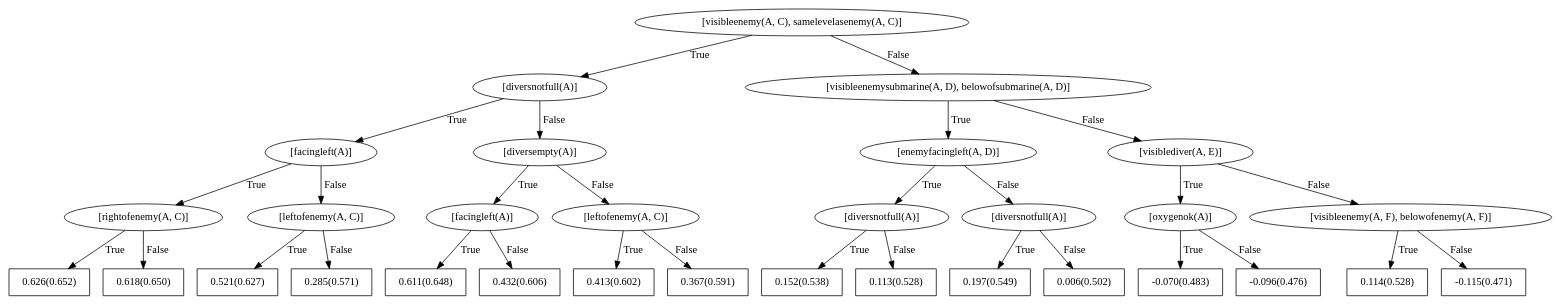
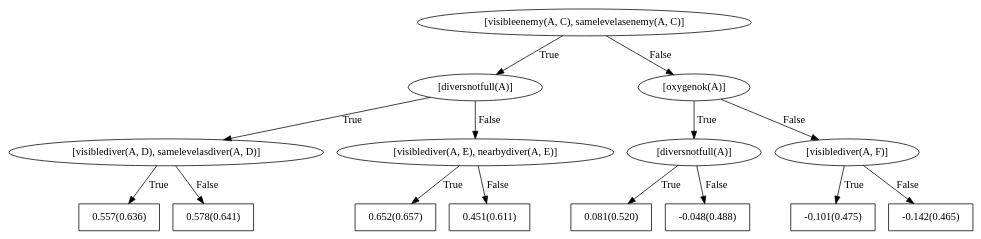
Before and after one commit to nikhileshp/NeSY-Imitation-Learning: the diagram in rdn_models/seaquest/all/negpos_2_trees_1_depth_2_grounding_penalty_0.1/fire/bRDNs/dotFiles/WILLTreeFor_action0.dot, drawn with Graphviz. The commit also changed 424 other files, not shown here.

```diff
--- a/rdn_models/seaquest/all/negpos_2_trees_1_depth_2_grounding_penalty_0.1/fire/bRDNs/dotFiles/WILLTreeFor_action0.dot
+++ b/rdn_models/seaquest/all/negpos_2_trees_1_depth_2_grounding_penalty_0.1/fire/bRDNs/dotFiles/WILLTreeFor_action0.dot
@@ -1,63 +1,31 @@
 digraph G{ 
 1[label = "[visibleenemy(A, C), samelevelasenemy(A, C)]"];
 1 -> 2[label="True"];
 1 -> 3[label="False"];
 2[label = "[diversnotfull(A)]"];
 2 -> 4[label="True"];
 2 -> 5[label="False"];
-4[label = "[facingleft(A)]"];
+4[label = "[visiblediver(A, D), samelevelasdiver(A, D)]"];
 4 -> 6[label="True"];
 4 -> 7[label="False"];
-6[label = "[rightofenemy(A, C)]"];
-6 -> 8[label="True"];
-6 -> 9[label="False"];
-8[shape = box,label = "0.626(0.652)"];
-9[shape = box,label = "0.618(0.650)"];
-7[label = "[leftofenemy(A, C)]"];
-7 -> 10[label="True"];
-7 -> 11[label="False"];
-10[shape = box,label = "0.521(0.627)"];
-11[shape = box,label = "0.285(0.571)"];
-5[label = "[diversempty(A)]"];
-5 -> 12[label="True"];
-5 -> 13[label="False"];
-12[label = "[facingleft(A)]"];
-12 -> 14[label="True"];
-12 -> 15[label="False"];
-14[shape = box,label = "0.611(0.648)"];
-15[shape = box,label = "0.432(0.606)"];
-13[label = "[leftofenemy(A, C)]"];
-13 -> 16[label="True"];
-13 -> 17[label="False"];
-16[shape = box,label = "0.413(0.602)"];
-17[shape = box,label = "0.367(0.591)"];
-3[label = "[visibleenemysubmarine(A, D), belowofsubmarine(A, D)]"];
-3 -> 18[label="True"];
-3 -> 19[label="False"];
-18[label = "[enemyfacingleft(A, D)]"];
-18 -> 20[label="True"];
-18 -> 21[label="False"];
-20[label = "[diversnotfull(A)]"];
-20 -> 22[label="True"];
-20 -> 23[label="False"];
-22[shape = box,label = "0.152(0.538)"];
-23[shape = box,label = "0.113(0.528)"];
-21[label = "[diversnotfull(A)]"];
-21 -> 24[label="True"];
-21 -> 25[label="False"];
-24[shape = box,label = "0.197(0.549)"];
-25[shape = box,label = "0.006(0.502)"];
-19[label = "[visiblediver(A, E)]"];
-19 -> 26[label="True"];
-19 -> 27[label="False"];
-26[label = "[oxygenok(A)]"];
-26 -> 28[label="True"];
-26 -> 29[label="False"];
-28[shape = box,label = "-0.070(0.483)"];
-29[shape = box,label = "-0.096(0.476)"];
-27[label = "[visibleenemy(A, F), belowofenemy(A, F)]"];
-27 -> 30[label="True"];
-27 -> 31[label="False"];
-30[shape = box,label = "0.114(0.528)"];
-31[shape = box,label = "-0.115(0.471)"];
+6[shape = box,label = "0.557(0.636)"];
+7[shape = box,label = "0.578(0.641)"];
+5[label = "[visiblediver(A, E), nearbydiver(A, E)]"];
+5 -> 8[label="True"];
+5 -> 9[label="False"];
+8[shape = box,label = "0.652(0.657)"];
+9[shape = box,label = "0.451(0.611)"];
+3[label = "[oxygenok(A)]"];
+3 -> 10[label="True"];
+3 -> 11[label="False"];
+10[label = "[diversnotfull(A)]"];
+10 -> 12[label="True"];
+10 -> 13[label="False"];
+12[shape = box,label = "0.081(0.520)"];
+13[shape = box,label = "-0.048(0.488)"];
+11[label = "[visiblediver(A, F)]"];
+11 -> 14[label="True"];
+11 -> 15[label="False"];
+14[shape = box,label = "-0.101(0.475)"];
+15[shape = box,label = "-0.142(0.465)"];
 }
```
